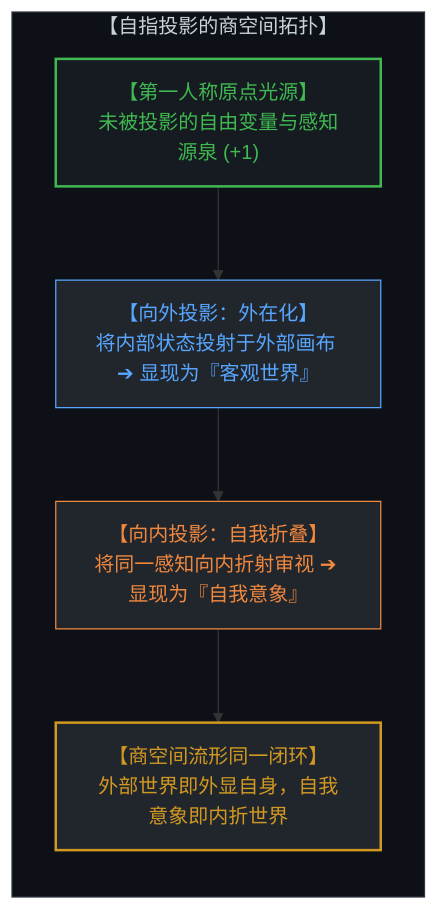
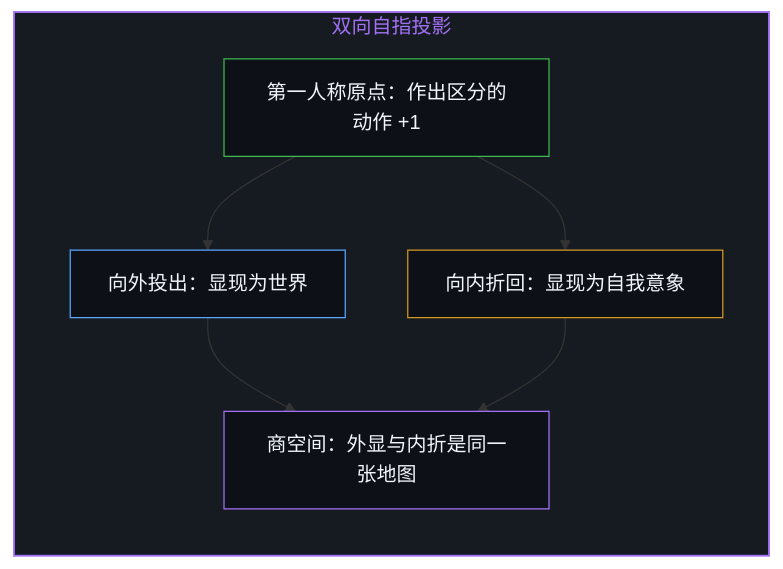
One commit to powerpig99/not-a-toe changed the third of 12 diagrams in content/posts/the-geometry-of-the-cut.md. Above: the diagram before and after it, drawn with Mermaid. The commit also changed other lines of this file and 3 other files, not shown here.

Commit message:
Refine the-geometry-of-the-cut: alternating bilingual layout, English diagram twins, first-person framing

````diff
--- a/content/posts/the-geometry-of-the-cut.md
+++ b/content/posts/the-geometry-of-the-cut.md
@@ -72,18 +69,20 @@
 ```mermaid
-graph TD
-    subgraph SelfReferentialProjection["【自指投影的商空间拓扑】"]
+flowchart TD
+    subgraph S_Projection["双向自指投影"]
         direction TB
-        OriginLocus["【第一人称原点光源】<br>未被投影的自由变量与感知源泉 (+1)"]
-        OutwardBeam["【向外投影：外在化】<br>将内部状态投射于外部画布 ➔ 显现为『客观世界』"]
-        InwardBeam["【向内投影：自我折叠】<br>将同一感知向内折射审视 ➔ 显现为『自我意象』"]
-        QuotientManifold["【商空间流形同一闭环】<br>外部世界即外显自身，自我意象即内折世界"]
-        OriginLocus --> OutwardBeam
-        OutwardBeam --> InwardBeam
-        InwardBeam --> QuotientManifold
+        Origin["第一人称原点：作出区分的动作 +1"]
+        Out["向外投出：显现为世界"]
+        In["向内折回：显现为自我意象"]
+        Quotient["商空间：外显与内折是同一张地图"]
+        Origin --> Out
+        Origin --> In
+        Out --> Quotient
+        In --> Quotient
     end
-    style SelfReferentialProjection fill:#0d1117,stroke:#30363d,stroke-width:1px,color:#c9d1d9
-    style OriginLocus fill:#161b22,stroke:#3fb950,stroke-width:2px,color:#3fb950
-    style OutwardBeam fill:#21262d,stroke:#58a6ff,color:#58a6ff
-    style InwardBeam fill:#21262d,stroke:#f0883e,color:#f0883e
-    style QuotientManifold fill:#21262d,stroke:#d29922,stroke-width:2px,color:#d29922
+
+    style S_Projection fill:#161b22,stroke:#a371f7,stroke-width:1.5px,color:#a371f7
+    style Origin fill:#0d1117,stroke:#3fb950,stroke-width:1px,color:#f0f6fc
+    style Out fill:#0d1117,stroke:#58a6ff,stroke-width:1px,color:#f0f6fc
+    style In fill:#0d1117,stroke:#d29922,stroke-width:1px,color:#f0f6fc
+    style Quotient fill:#0d1117,stroke:#a371f7,stroke-width:1px,color:#f0f6fc
 ```
````
